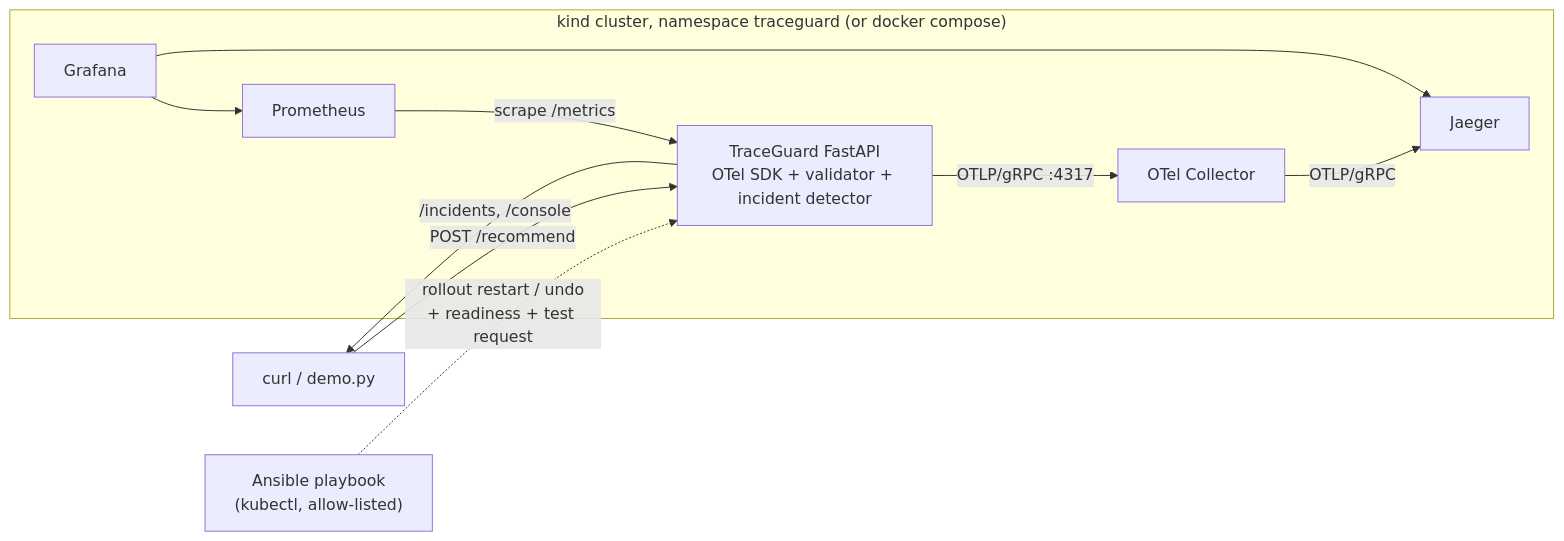
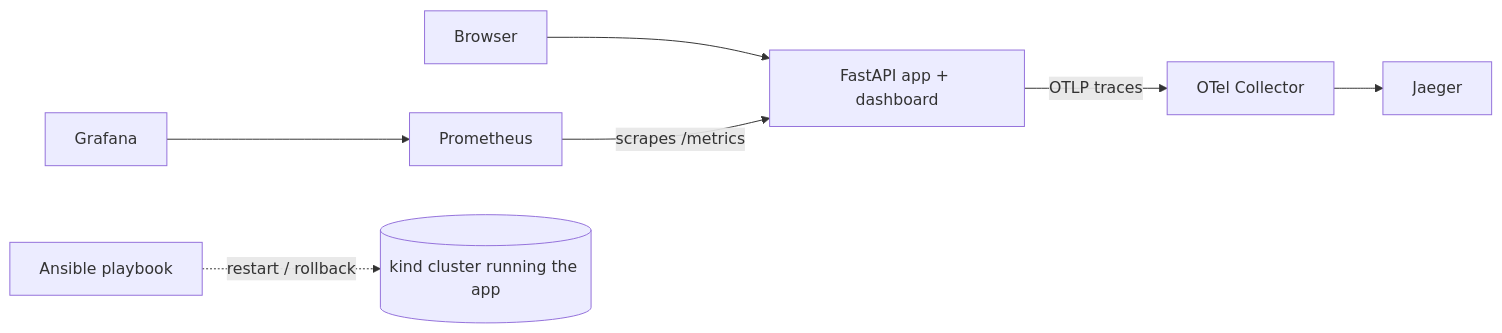
Before and after one commit to anika0102/TraceGuard_Observability_AI: the diagram in README.md, drawn with Mermaid. The commit also changed other lines of this file, not shown here.

````diff
--- a/README.md
+++ b/README.md
@@ -56,17 +10,8 @@
 ```mermaid
 flowchart LR
-  user[curl / demo.py] -->|POST /recommend| app
-  subgraph k8s["kind cluster, namespace traceguard (or docker compose)"]
-    app["TraceGuard FastAPI<br/>OTel SDK + validator + incident detector"]
-    col[OTel Collector]
-    jg[Jaeger]
-    prom[Prometheus]
-    gr[Grafana]
-    app -- "OTLP/gRPC :4317" --> col -- "OTLP/gRPC" --> jg
-    prom -- "scrape /metrics" --> app
-    gr --> prom
-    gr --> jg
-  end
-  ans["Ansible playbook<br/>(kubectl, allow-listed)"] -. "rollout restart / undo<br/>+ readiness + test request" .-> app
-  app -- "/incidents, /console" --> user
+  user[Browser] --> app["FastAPI app + dashboard"]
+  app -- "OTLP traces" --> col[OTel Collector] --> jaeger[Jaeger]
+  prom[Prometheus] -- "scrapes /metrics" --> app
+  graf[Grafana] --> prom
+  ans["Ansible playbook"] -. "restart / rollback" .-> k8s[("kind cluster running the app")]
 ```
````
